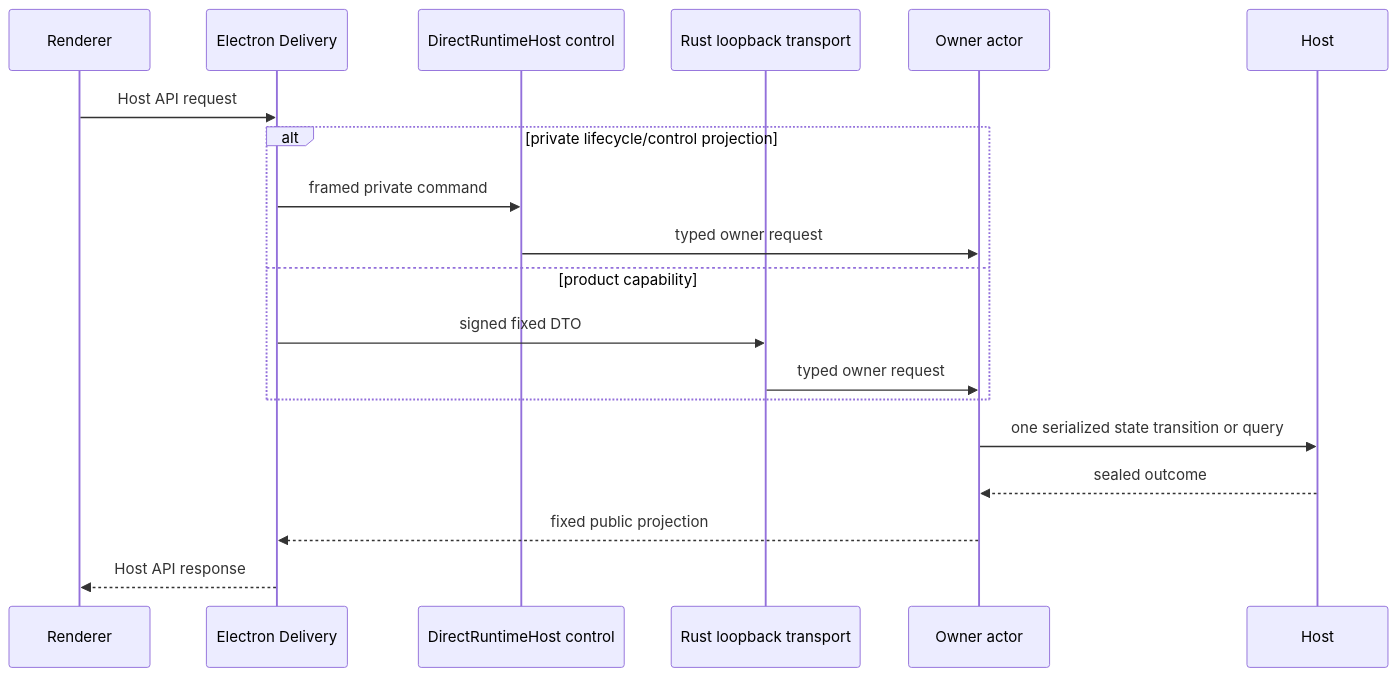
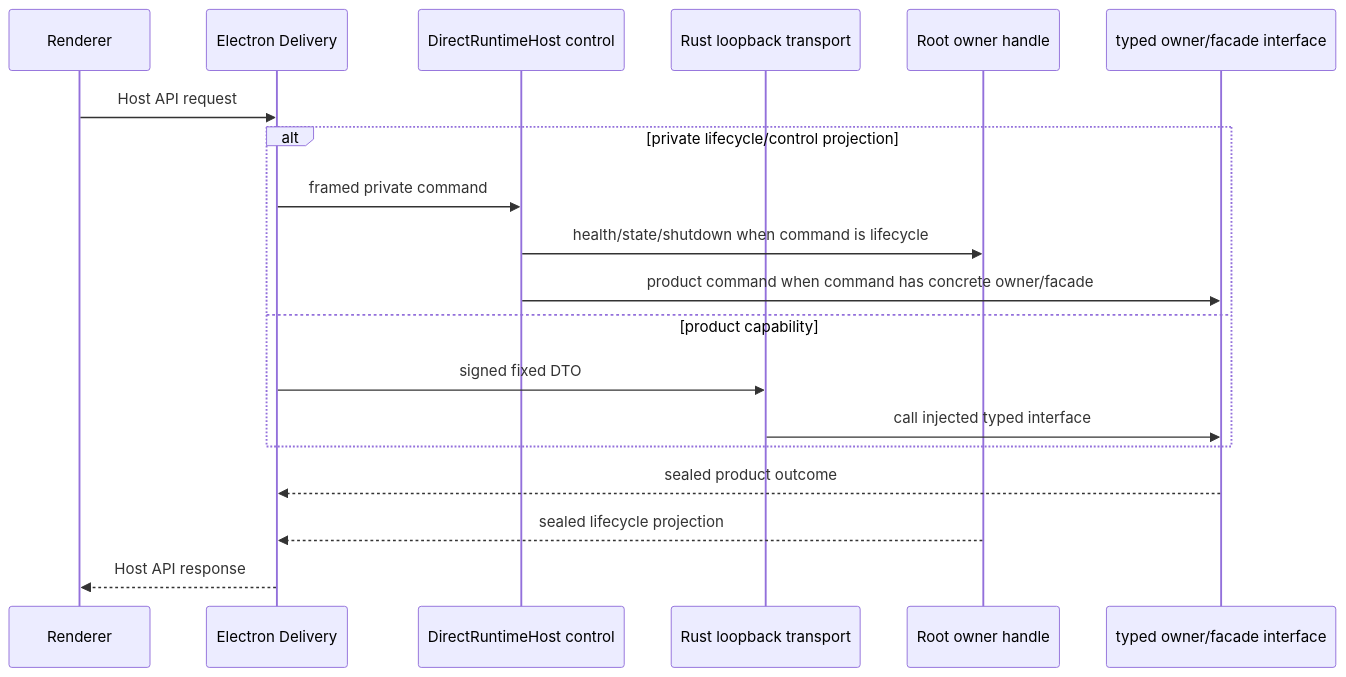
The second of 6 diagrams in docs/architecture/layered-architecture.md (hellowKeyzj/Matcha-claw), drawn with Mermaid before and after one commit. The commit also changed other lines of this file and 475 other files, not shown here.

````diff
--- a/docs/architecture/layered-architecture.md
+++ b/docs/architecture/layered-architecture.md
@@ -93,22 +123,22 @@
 ```mermaid
 sequenceDiagram
   participant R as Renderer
   participant E as Electron Delivery
   participant C as DirectRuntimeHost control
   participant T as Rust loopback transport
-  participant O as Owner actor
-  participant H as Host
+  participant Root as Root owner handle
+  participant I as typed owner/facade interface
 
   R->>E: Host API request
   alt private lifecycle/control projection
     E->>C: framed private command
-    C->>O: typed owner request
+    C->>Root: health/state/shutdown when command is lifecycle
+    C->>I: product command when command has concrete owner/facade
   else product capability
     E->>T: signed fixed DTO
-    T->>O: typed owner request
+    T->>I: call injected typed interface
   end
-  O->>H: one serialized state transition or query
-  H-->>O: sealed outcome
-  O-->>E: fixed public projection
+  I-->>E: sealed product outcome
+  Root-->>E: sealed lifecycle projection
   E-->>R: Host API response
 ```
````
